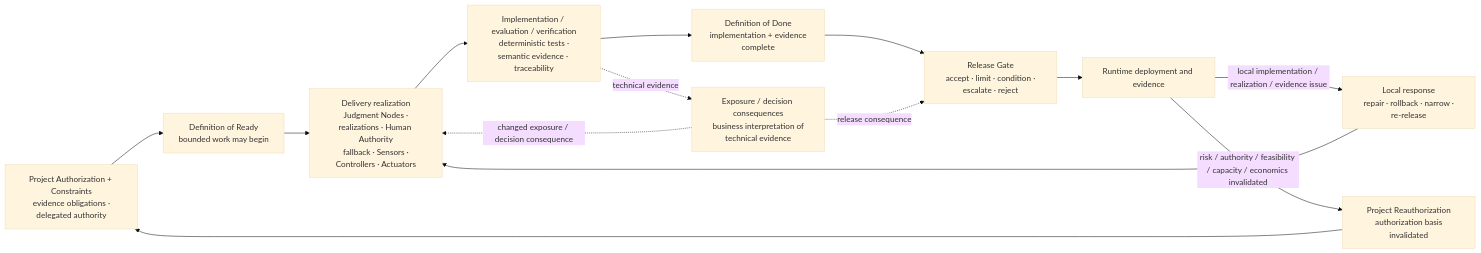
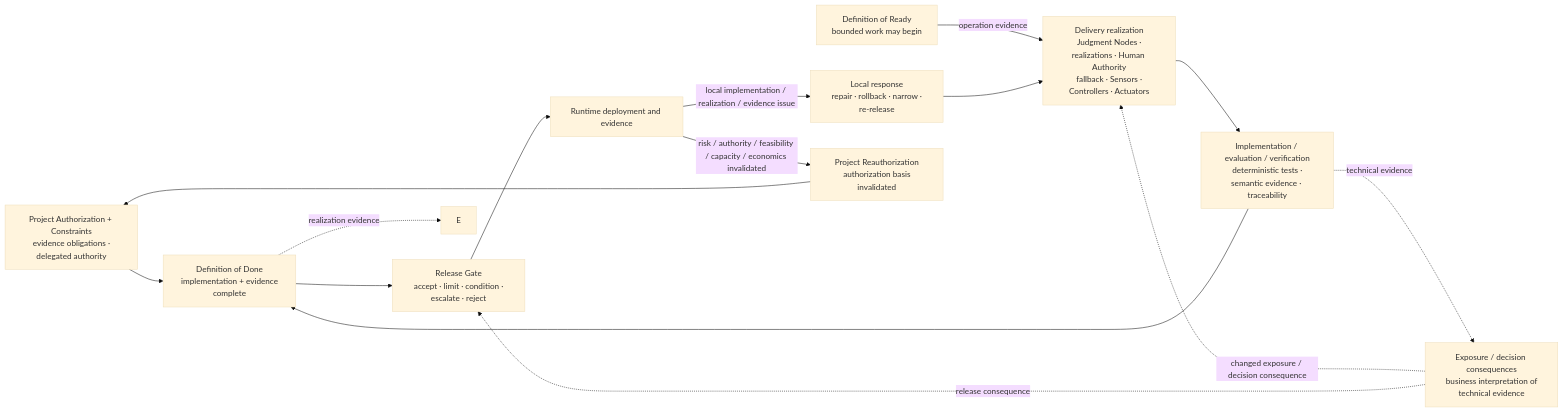
Before and after one commit to UncertaintyArchitectureGroup/uncertainty-architecture: diagram 12 of 15 in content/research/notes/open-engineering-specification-article-draft.md, drawn with Mermaid (base theme). The commit also changed other lines of this file and 1 other file, not shown here.

````diff
--- a/content/research/notes/open-engineering-specification-article-draft.md
+++ b/content/research/notes/open-engineering-specification-article-draft.md
@@ -708,20 +710,21 @@
 ```mermaid
 flowchart LR
     P["Project Authorization + Constraints<br/> evidence obligations · delegated authority"]
     R["Definition of Ready<br/> bounded work may begin"]
     ENG["Delivery realization<br/> Judgment Nodes · realizations · Human Authority<br/> fallback · Sensors · Controllers · Actuators"]
     VER["Implementation / evaluation / verification<br/> deterministic tests · semantic evidence · traceability"]
     BIZ["Exposure / decision consequences<br/> business interpretation of technical evidence"]
     D["Definition of Done<br/> implementation + evidence complete"]
     G["Release Gate<br/> accept · limit · condition · escalate · reject"]
     RUN["Runtime deployment and evidence"]
     LOCAL["Local response<br/> repair · rollback · narrow · re-release"]
     REAUTH["Project Reauthorization<br/> authorization basis invalidated"]
 
-    P --> R --> ENG --> VER --> D --> G --> RUN
+    P --> D -.->|realization evidence| E
+    R -->|operation evidence| ENG --> VER --> D --> G --> RUN
     VER -.->|technical evidence| BIZ
     BIZ -.->|changed exposure / decision consequence| ENG
     BIZ -.->|release consequence| G
     RUN -->|local implementation / realization / evidence issue| LOCAL --> ENG
     RUN -->|risk / authority / feasibility / capacity / economics invalidated| REAUTH --> P
 ```
````
